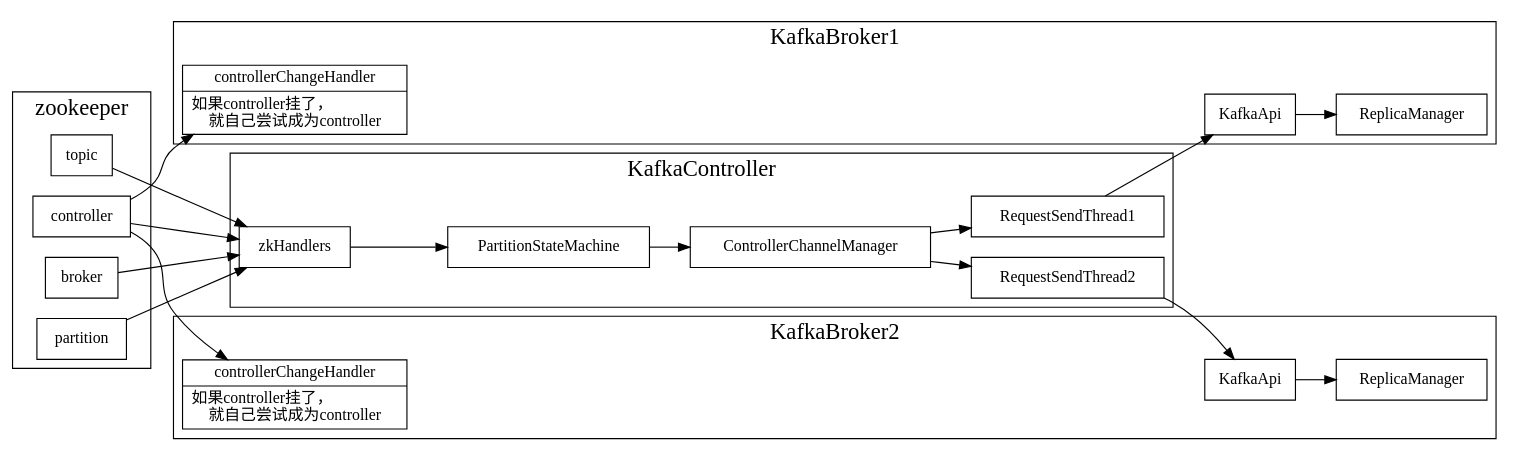
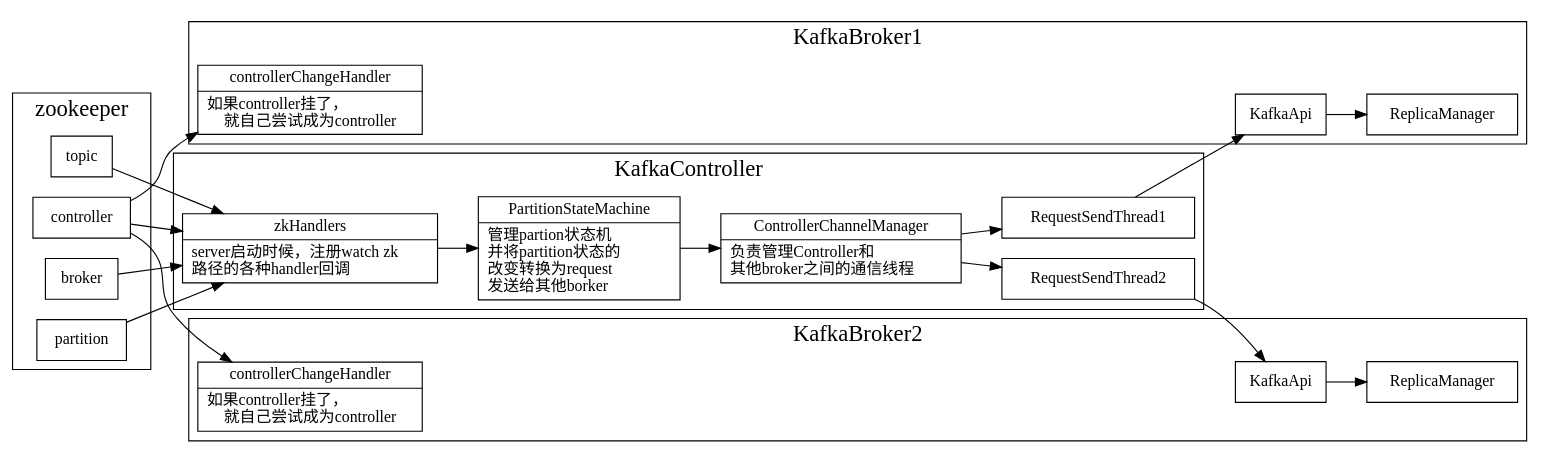
One commit to xieyu/blog changed the diagram in src/kafka/allpartion-overview.dot. Above: the diagram before and after it, drawn with Graphviz. The commit also changed 5 other files, not shown here.

```diff
--- a/src/kafka/allpartion-overview.dot
+++ b/src/kafka/allpartion-overview.dot
@@ -1,55 +1,78 @@
 digraph allpartionsoverview {
   node[shape=box];
   newrank=true;
   rankdir=LR;
   subgraph cluster_zookeeper {
     graph[label="zookeeper";fontsize=20;];
     topic;
     controller;
     broker;
     partition;
   }
   {topic, controller, broker, partition} -> zkHandlers;
   controller -> borker1_controllerChangeHandler;
   controller -> borker2_controllerChangeHandler;
 
   subgraph cluster_KafkaController {
     graph[label="KafkaController";fontsize=20;];
     zkHandlers -> PartitionStateMachine -> ControllerChannelManager;
+    zkHandlers[shape="record";
+      label="{{
+        zkHandlers|
+          server启动时候，注册watch zk\l
+          路径的各种handler回调\l
+      }}";
+    ];
+    PartitionStateMachine[shape="record";
+      label="{{
+        PartitionStateMachine|
+          管理partion状态机\l 
+          并将partition状态的\l 
+          改变转换为request \l 
+          发送给其他borker\l
+      }}";
+    ];
+    ControllerChannelManager[shape="record";
+      label="{{
+        ControllerChannelManager|
+          负责管理Controller和\l 
+          其他broker之间的通信线程\l
+      }}";
+    ];
     ControllerChannelManager ->{
       RequestSendThread1;
       RequestSendThread2;
     }
   }
 
   subgraph cluster_KafkaBroker1 {
     graph[label="KafkaBroker1";fontsize=20;];
     borker1_controllerChangeHandler[shape="record";
       label="{{
           controllerChangeHandler|
           如果controller挂了，\l 
           就自己尝试成为controller
       }}";
     ];
     borker1_KafkaApi[label="KafkaApi"];
     borker1_ReplicaManager[label="ReplicaManager"];
     borker1_KafkaApi ->borker1_ReplicaManager;
   }
 
   subgraph cluster_KafkaBroker2 {
     graph[label="KafkaBroker2";fontsize=20;];
     borker2_controllerChangeHandler[shape="record";
       label="{{
           controllerChangeHandler|
           如果controller挂了，\l 
           就自己尝试成为controller
       }}";
     ];
     borker2_KafkaApi[label="KafkaApi"];
     borker2_ReplicaManager[label="ReplicaManager"];
     borker2_KafkaApi -> borker2_ReplicaManager;
   }
   RequestSendThread1 -> borker1_KafkaApi;
   RequestSendThread2 -> borker2_KafkaApi;
 
 }
```
